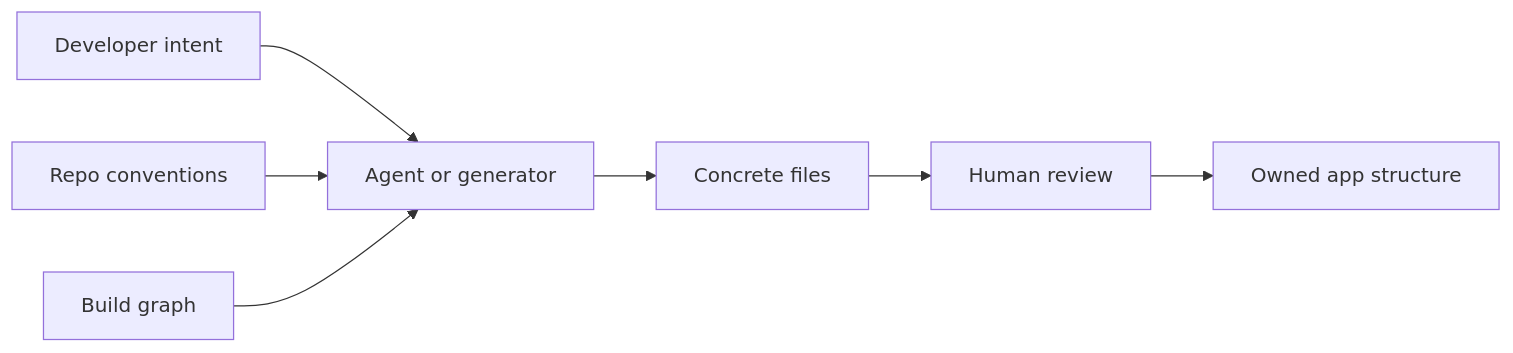
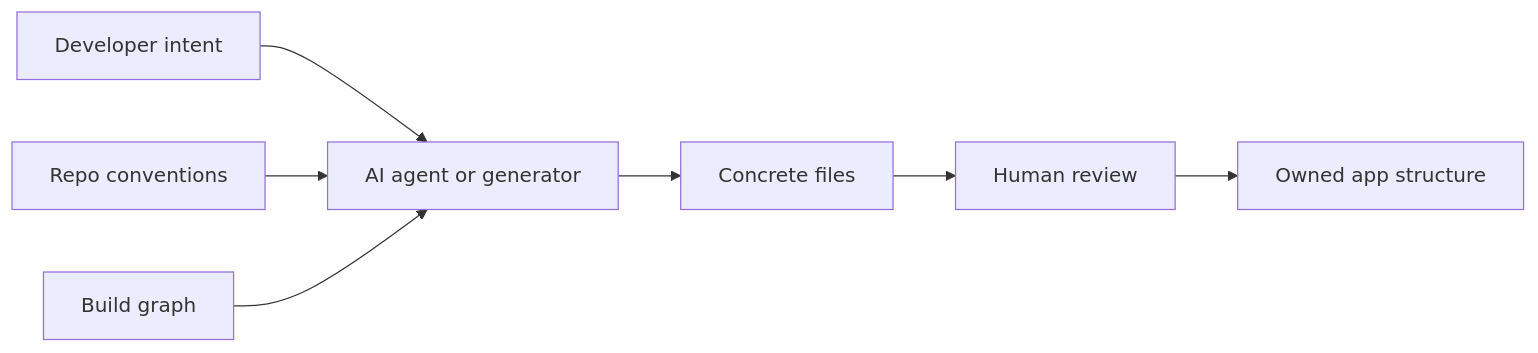
Before and after one commit to longlho/longlho.github.io: the fourth of 5 diagrams in posts/metaframework-is-dead.md, drawn with Mermaid. The commit also changed other lines of this file and 1 other file, not shown here.

Commit message:
Emphasize agent scaffolding in metaframework post

````diff
--- a/posts/metaframework-is-dead.md
+++ b/posts/metaframework-is-dead.md
@@ -108,9 +120,9 @@
 ```mermaid
 flowchart LR
-  intent["Developer intent"] --> agent["Agent or generator"]
+  intent["Developer intent"] --> agent["AI agent or generator"]
   repo["Repo conventions"] --> agent
   buildGraph["Build graph"] --> agent
   agent --> files["Concrete files"]
   files --> review["Human review"]
   review --> app["Owned app structure"]
 ```
````
